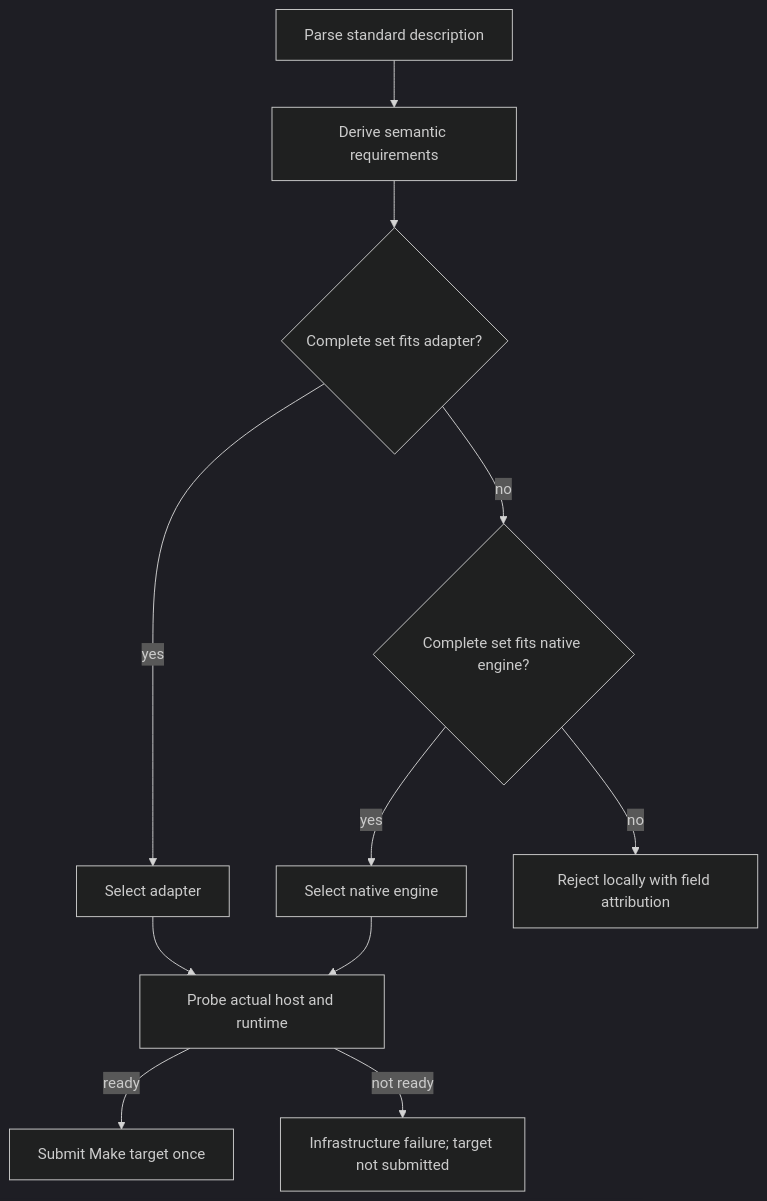
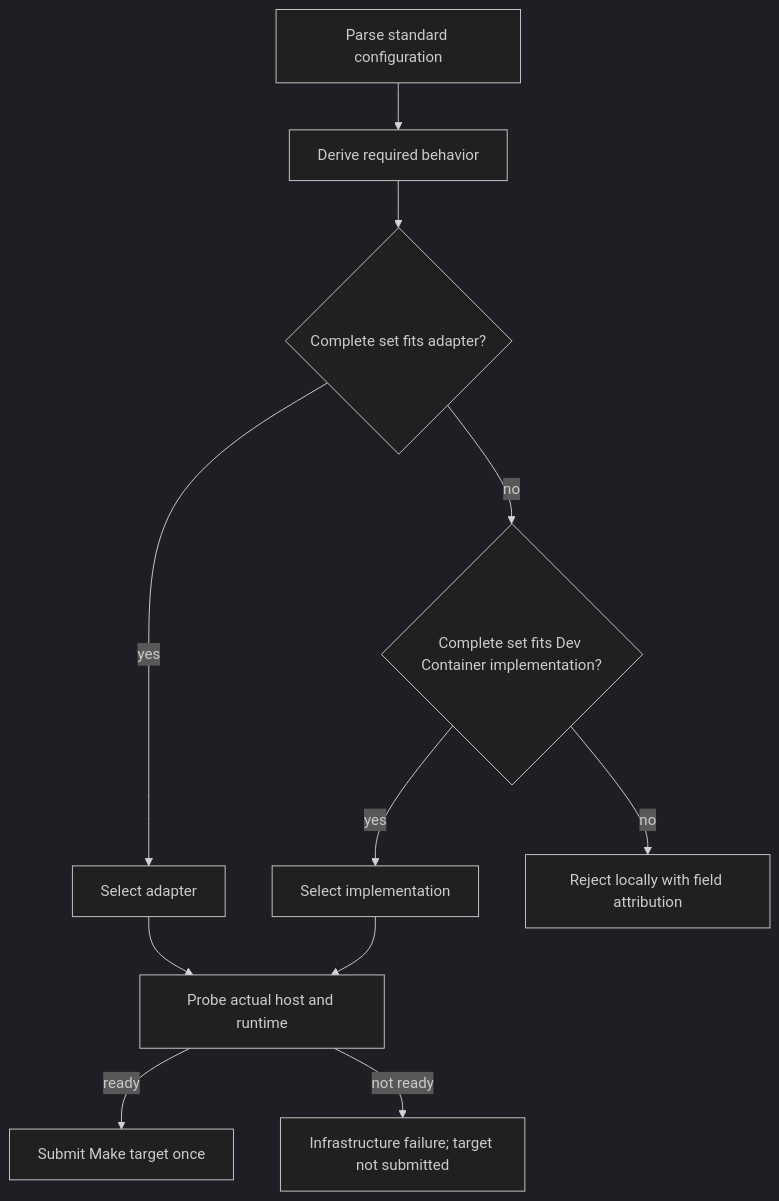
Before and after one commit to jianwen-zhu/cloudmake: the second of 2 diagrams in docs/devcontainer-execution-landscape.md, drawn with Mermaid (dark theme). The commit also changed other lines of this file and 4 other files, not shown here.

Commit message:
Tighten Dev Container documentation language

````diff
--- a/docs/devcontainer-execution-landscape.md
+++ b/docs/devcontainer-execution-landscape.md
@@ -254,13 +261,13 @@
 ```mermaid
 flowchart TD
-    P[Parse standard description] --> R[Derive semantic requirements]
+    P[Parse standard configuration] --> R[Derive required behavior]
     R --> A{Complete set fits adapter?}
     A -->|yes| AP[Select adapter]
-    A -->|no| N{Complete set fits native engine?}
-    N -->|yes| NP[Select native engine]
+    A -->|no| N{Complete set fits Dev Container implementation?}
+    N -->|yes| NP[Select implementation]
     N -->|no| F[Reject locally with field attribution]
     AP --> DP[Probe actual host and runtime]
     NP --> DP
     DP -->|ready| M[Submit Make target once]
     DP -->|not ready| I[Infrastructure failure; target not submitted]
 ```
````
